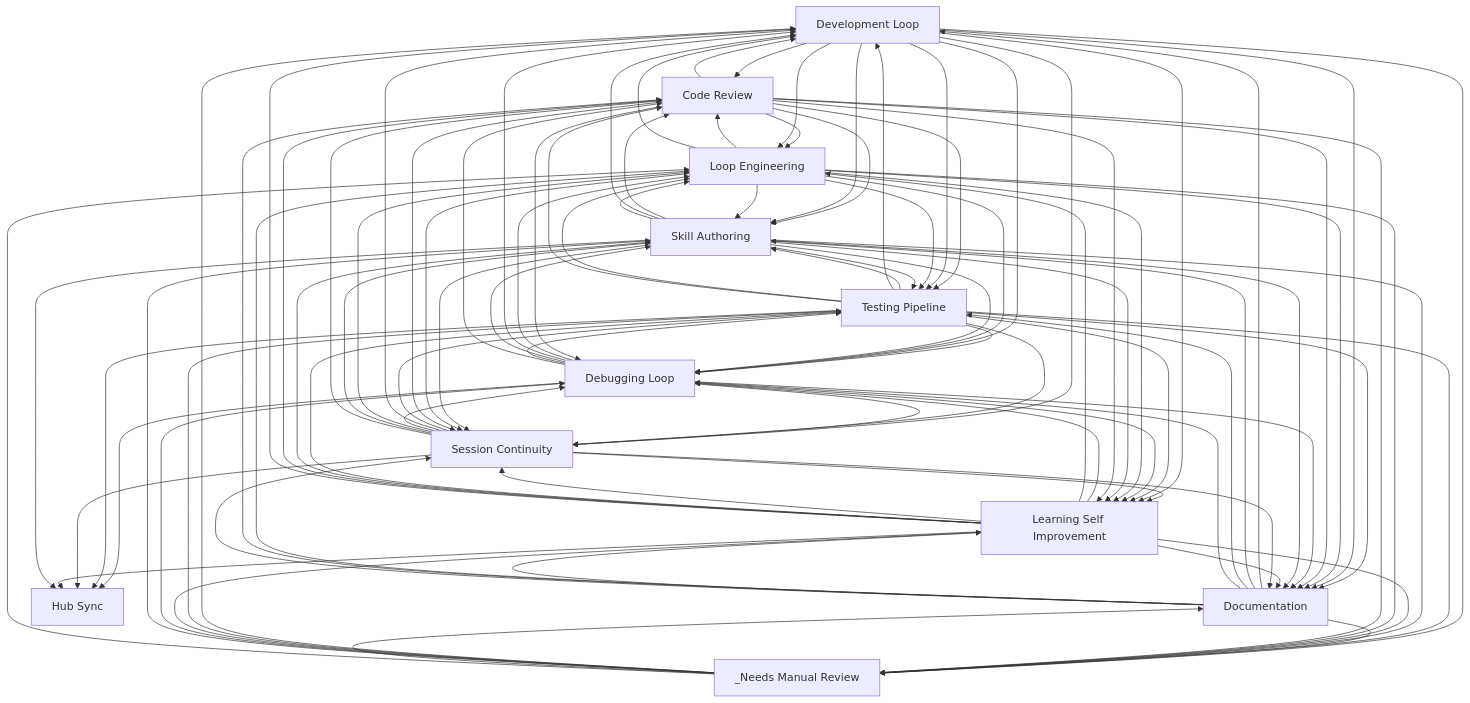
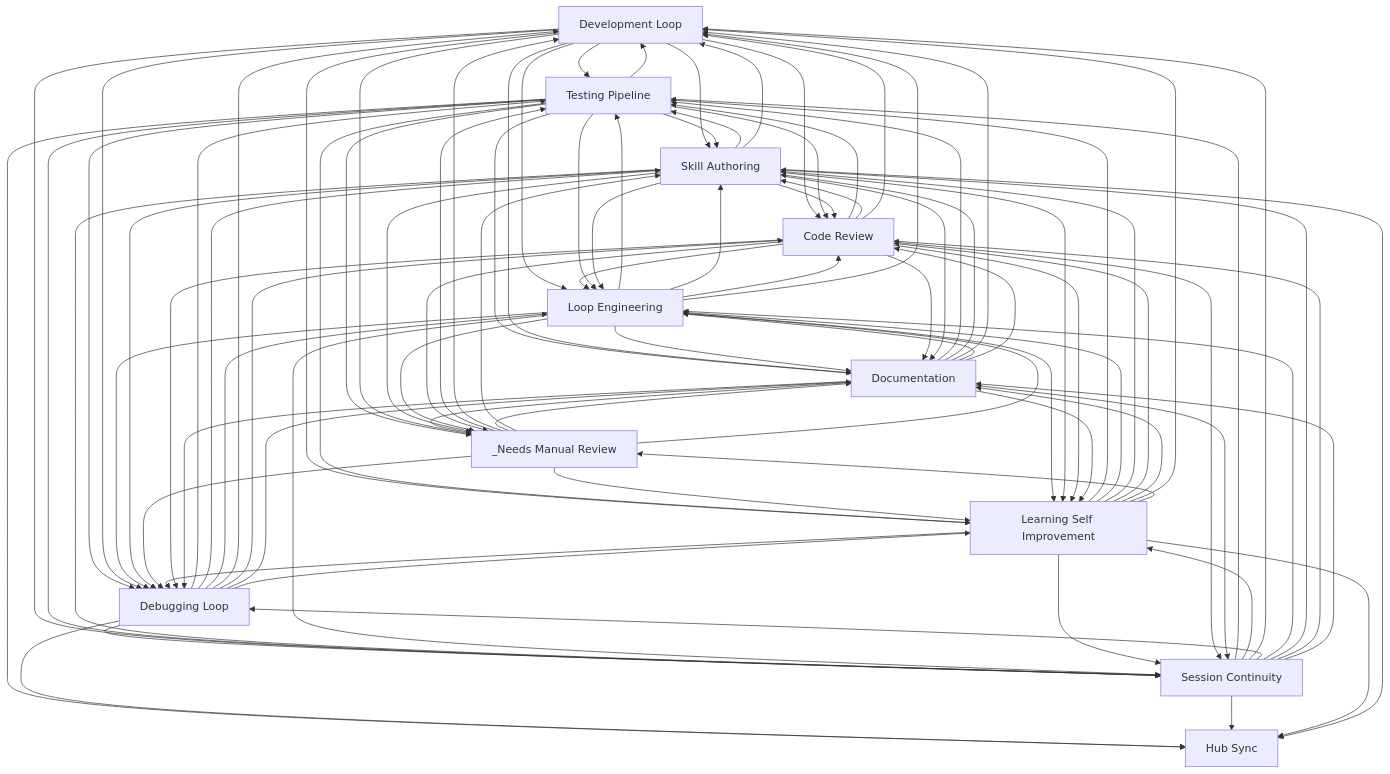
The diagram in docs/workflows/INDEX.md (abhayla/claude-best-practices), drawn with Mermaid before and after one commit. The commit also changed other lines of this file and 13 other files, not shown here.

````diff
--- a/docs/workflows/INDEX.md
+++ b/docs/workflows/INDEX.md
@@ -33,56 +33,56 @@
     documentation[Documentation]
     hub_sync[Hub Sync]
     _needs_manual_review[_Needs Manual Review]
+    development_loop --> testing_pipeline
+    development_loop --> skill_authoring
+    development_loop --> code_review
+    development_loop --> loop_engineering
+    code_review --> testing_pipeline
+    code_review --> skill_authoring
     code_review --> loop_engineering
     code_review --> development_loop
-    code_review --> skill_authoring
-    code_review --> testing_pipeline
-    development_loop --> code_review
-    development_loop --> loop_engineering
-    development_loop --> skill_authoring
-    development_loop --> testing_pipeline
+    loop_engineering --> testing_pipeline
+    loop_engineering --> skill_authoring
     loop_engineering --> code_review
     loop_engineering --> development_loop
-    loop_engineering --> skill_authoring
-    loop_engineering --> testing_pipeline
+    testing_pipeline --> skill_authoring
     skill_authoring --> testing_pipeline
-    testing_pipeline --> skill_authoring
+    testing_pipeline --> development_loop
+    _needs_manual_review --> testing_pipeline
     _needs_manual_review --> development_loop
-    _needs_manual_review --> testing_pipeline
-    testing_pipeline --> development_loop
     testing_pipeline --> debugging_loop
     testing_pipeline --> loop_engineering
+    testing_pipeline --> code_review
     testing_pipeline --> documentation
-    testing_pipeline --> code_review
+    debugging_loop --> testing_pipeline
+    debugging_loop --> skill_authoring
     debugging_loop --> loop_engineering
     debugging_loop --> development_loop
-    debugging_loop --> skill_authoring
-    debugging_loop --> testing_pipeline
     development_loop --> debugging_loop
     development_loop --> documentation
     loop_engineering --> documentation
+    skill_authoring --> development_loop
     skill_authoring --> code_review
-    skill_authoring --> development_loop
     skill_authoring --> loop_engineering
+    documentation --> testing_pipeline
+    documentation --> skill_authoring
     documentation --> development_loop
-    documentation --> skill_authoring
-    documentation --> testing_pipeline
+    testing_pipeline --> _needs_manual_review
     development_loop --> _needs_manual_review
-    testing_pipeline --> _needs_manual_review
     code_review --> documentation
+    session_continuity --> testing_pipeline
     session_continuity --> learning_self_improvement
-    session_continuity --> testing_pipeline
     development_loop --> learning_self_improvement
     development_loop --> session_continuity
+    testing_pipeline --> learning_self_improvement
     _needs_manual_review --> learning_self_improvement
-    testing_pipeline --> learning_self_improvement
     loop_engineering --> debugging_loop
+    testing_pipeline --> session_continuity
+    testing_pipeline --> hub_sync
     debugging_loop --> session_continuity
     debugging_loop --> hub_sync
-    testing_pipeline --> session_continuity
-    testing_pipeline --> hub_sync
+    debugging_loop --> code_review
     debugging_loop --> documentation
-    debugging_loop --> code_review
     session_continuity --> development_loop
     session_continuity --> debugging_loop
     session_continuity --> loop_engineering
@@ -92,36 +92,36 @@
     _needs_manual_review --> debugging_loop
     debugging_loop --> learning_self_improvement
     skill_authoring --> documentation
+    _needs_manual_review --> documentation
     _needs_manual_review --> skill_authoring
-    _needs_manual_review --> documentation
     documentation --> _needs_manual_review
+    learning_self_improvement --> testing_pipeline
     learning_self_improvement --> debugging_loop
+    learning_self_improvement --> session_continuity
     learning_self_improvement --> loop_engineering
-    learning_self_improvement --> session_continuity
-    learning_self_improvement --> testing_pipeline
     learning_self_improvement --> skill_authoring
+    learning_self_improvement --> code_review
     learning_self_improvement --> documentation
-    learning_self_improvement --> code_review
     learning_self_improvement --> development_loop
     skill_authoring --> _needs_manual_review
+    session_continuity --> hub_sync
     session_continuity --> skill_authoring
-    session_continuity --> hub_sync
+    session_continuity --> code_review
     session_continuity --> documentation
-    session_continuity --> code_review
     learning_self_improvement --> _needs_manual_review
     learning_self_improvement --> hub_sync
     skill_authoring --> hub_sync
     _needs_manual_review --> loop_engineering
     loop_engineering --> learning_self_improvement
     loop_engineering --> _needs_manual_review
+    code_review --> debugging_loop
     documentation --> debugging_loop
     documentation --> loop_engineering
-    code_review --> debugging_loop
     skill_authoring --> learning_self_improvement
     documentation --> code_review
+    code_review --> learning_self_improvement
+    code_review --> session_continuity
     documentation --> learning_self_improvement
     documentation --> session_continuity
-    code_review --> learning_self_improvement
-    code_review --> session_continuity
     code_review --> _needs_manual_review
 ```
````
